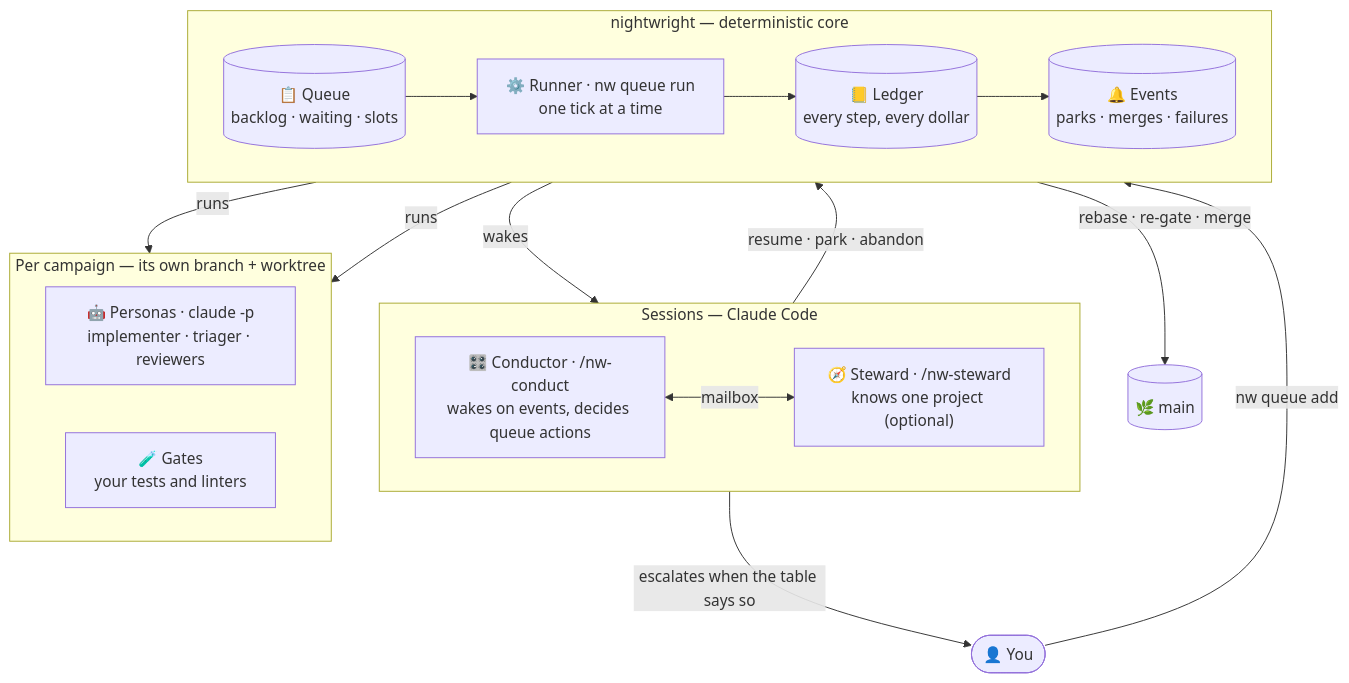
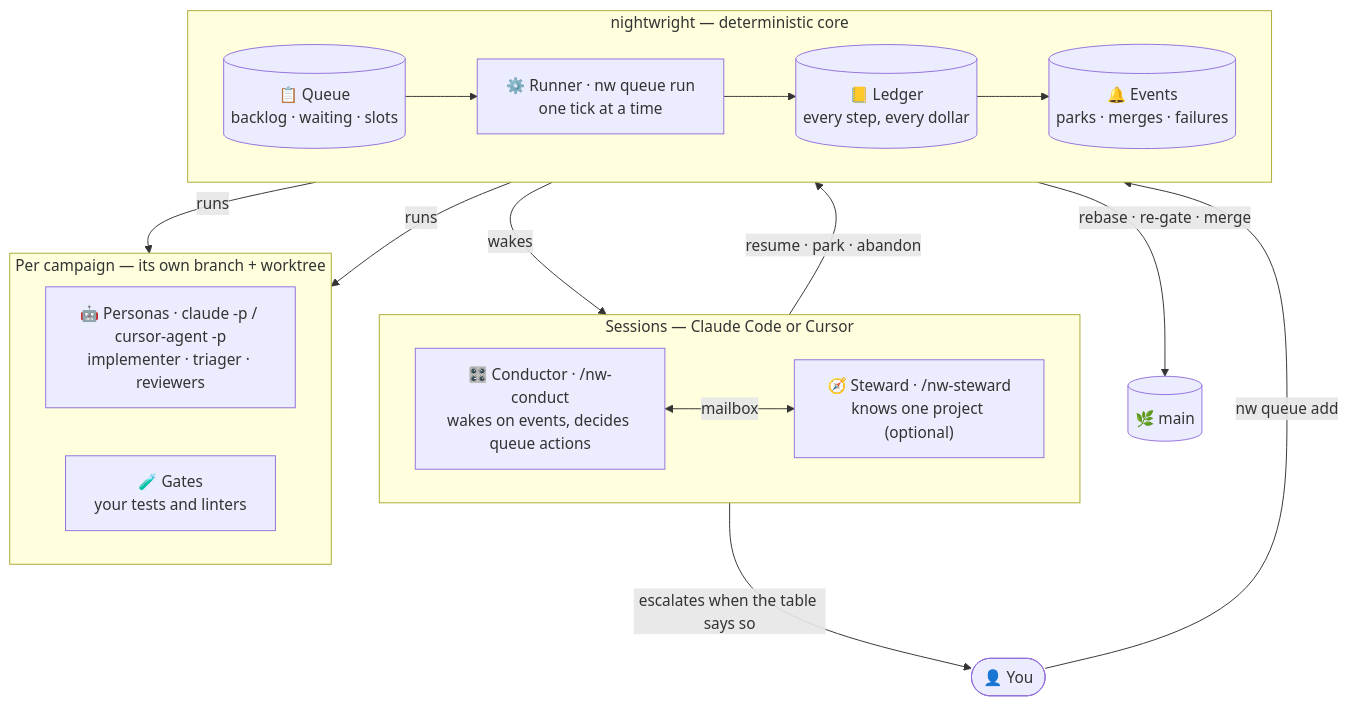
The first of 2 diagrams in docs/product/loop/index.md (brunosmmm/nightwright), drawn with Mermaid before and after one commit. The commit also changed other lines of this file and 15 other files, not shown here.

````diff
--- a/docs/product/loop/index.md
+++ b/docs/product/loop/index.md
@@ -11,33 +11,33 @@
 ```mermaid
 flowchart TB
     H(["👤 You"])
 
-    subgraph SES["Sessions — Claude Code"]
+    subgraph SES["Sessions — Claude Code or Cursor"]
         direction LR
         C["🎛️ Conductor · /nw-conduct<br/>wakes on events, decides queue actions"]
         ST["🧭 Steward · /nw-steward<br/>knows one project (optional)"]
         C <-- "mailbox" --> ST
     end
 
     subgraph CORE["nightwright — deterministic core"]
         direction LR
         Q[("📋 Queue<br/>backlog · waiting · slots")] --> R["⚙️ Runner · nw queue run<br/>one tick at a time"]
         R --> LG[("📒 Ledger<br/>every step, every dollar")] --> EV[("🔔 Events<br/>parks · merges · failures")]
     end
 
     subgraph CAMP["Per campaign — its own branch + worktree"]
         direction LR
-        P["🤖 Personas · claude -p<br/>implementer · triager · reviewers"]
+        P["🤖 Personas · claude -p / cursor-agent -p<br/>implementer · triager · reviewers"]
         G["🧪 Gates<br/>your tests and linters"]
     end
 
     MAIN[("🌿 main")]
 
     H -- "nw queue add" --> Q
     R -- "runs" --> P
     R -- "runs" --> G
     R -- "rebase · re-gate · merge" --> MAIN
     EV -- "wakes" --> C
     C -- "resume · park · abandon" --> Q
     C -- "escalates when the table says so" --> H
 ```
````
